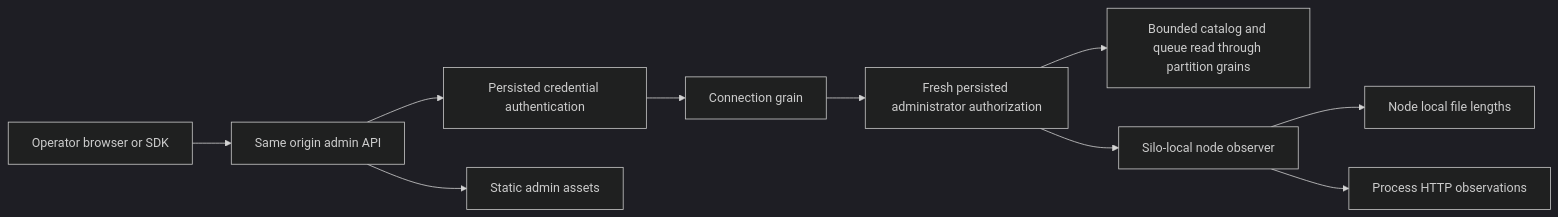
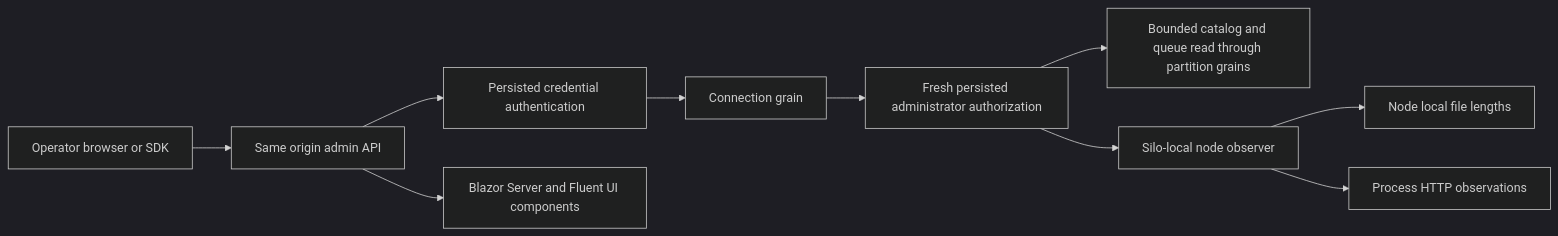
Before and after one commit to managedcode/KeyLoad: the diagram in docs/Features/AdminDashboard.md, drawn with Mermaid (dark theme). The commit also changed other lines of this file and 57 other files, not shown here.

First line of the commit message:
Use Fluent UI Blazor Server administration and Playwright tests

````diff
--- a/docs/Features/AdminDashboard.md
+++ b/docs/Features/AdminDashboard.md
@@ -23,12 +23,12 @@
 ```mermaid
 flowchart LR
     Operator[Operator browser or SDK] --> API[Same origin admin API]
     API --> Auth[Persisted credential authentication]
     Auth --> Conn[Connection grain]
     Conn --> Authority[Fresh persisted administrator authorization]
     Authority --> Catalog[Bounded catalog and queue read through partition grains]
     Authority --> Node[Silo-local node observer]
     Node --> Files[Node local file lengths]
     Node --> Counters[Process HTTP observations]
-    API --> Console[Static admin assets]
+    API --> Console[Blazor Server and Fluent UI components]
 ```
````
